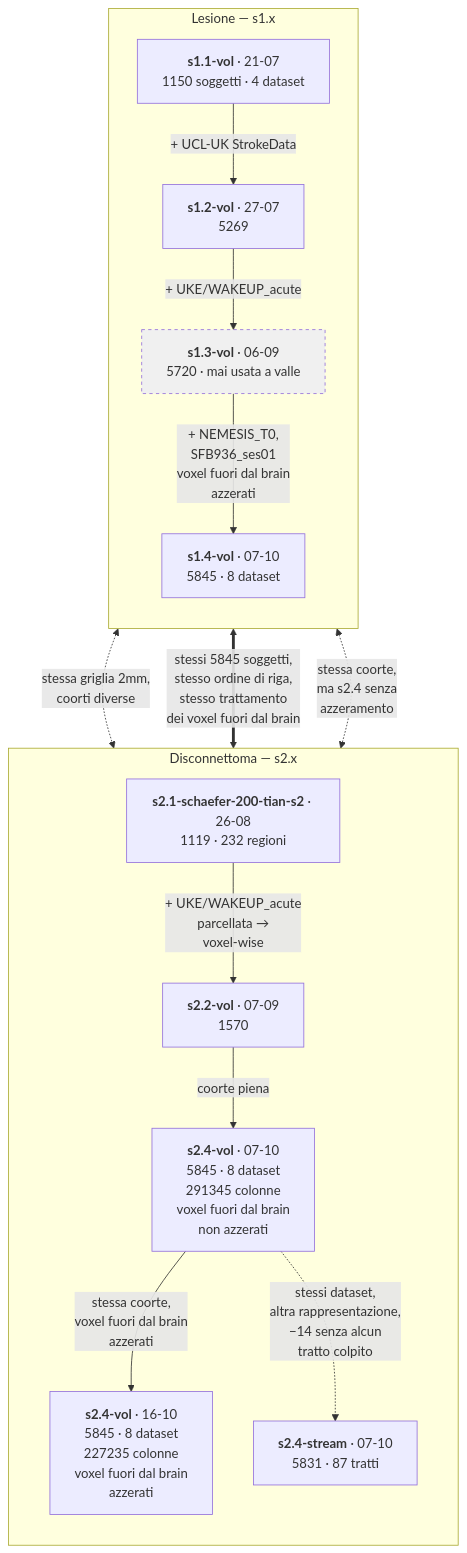
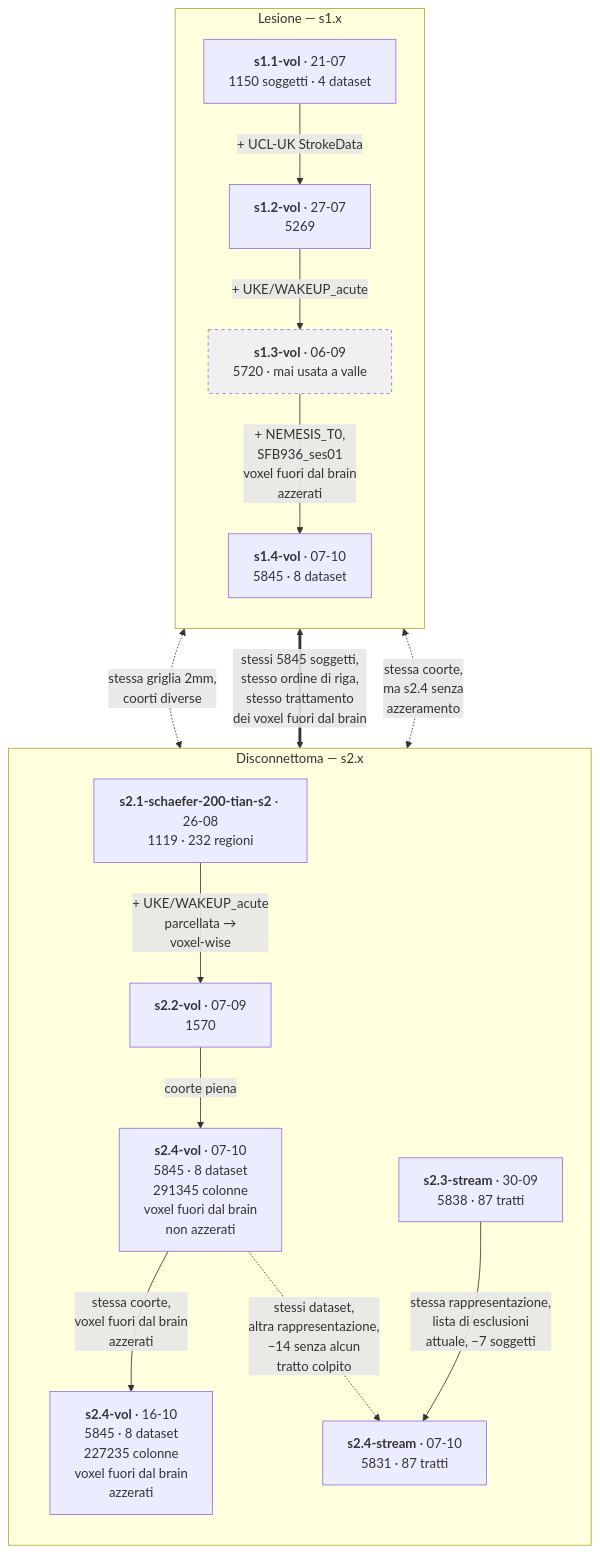
Before and after one commit to EmmaTosato/NEMESIS_fs: the diagram in docs/experiments/lineage.md, drawn with Mermaid. The commit also changed other lines of this file and 812 other files, not shown here.

````diff
--- a/docs/experiments/lineage.md
+++ b/docs/experiments/lineage.md
@@ -5,32 +5,34 @@
 ```mermaid
 flowchart TB
     classDef unused fill:#f0f0f0,stroke-dasharray: 4 4
 
     subgraph LES["Lesione — s1.x"]
         direction TB
         L11["<b>s1.1-vol</b> · 21-07<br/>1150 soggetti · 4 dataset"]
         L12["<b>s1.2-vol</b> · 27-07<br/>5269"]
         L13["<b>s1.3-vol</b> · 06-09<br/>5720 · mai usata a valle"]:::unused
         L14["<b>s1.4-vol</b> · 07-10<br/>5845 · 8 dataset"]
         L11 -->|"+ UCL-UK StrokeData"| L12
         L12 -->|"+ UKE/WAKEUP_acute"| L13
         L13 -->|"+ NEMESIS_T0,<br/>SFB936_ses01<br/>voxel fuori dal brain<br/>azzerati"| L14
     end
 
     subgraph SDC["Disconnettoma — s2.x"]
         direction TB
         S21["<b>s2.1-schaefer-200-tian-s2</b> · 26-08<br/>1119 · 232 regioni"]
         S22["<b>s2.2-vol</b> · 07-09<br/>1570"]
         S24["<b>s2.4-vol</b> · 07-10<br/>5845 · 8 dataset<br/>291345 colonne<br/>voxel fuori dal brain<br/>non azzerati"]
         S24N["<b>s2.4-vol</b> · 16-10<br/>5845 · 8 dataset<br/>227235 colonne<br/>voxel fuori dal brain<br/>azzerati"]
+        S23["<b>s2.3-stream</b> · 30-09<br/>5838 · 87 tratti"]
         S24S["<b>s2.4-stream</b> · 07-10<br/>5831 · 87 tratti"]
         S21 -->|"+ UKE/WAKEUP_acute<br/>parcellata →<br/>voxel-wise"| S22
         S22 -->|"coorte piena"| S24
         S24 -->|"stessa coorte,<br/>voxel fuori dal brain<br/>azzerati"| S24N
+        S23 -->|"stessa rappresentazione,<br/>lista di esclusioni<br/>attuale, −7 soggetti"| S24S
         S24 -.->|"stessi dataset,<br/>altra rappresentazione,<br/>−14 senza alcun<br/>tratto colpito"| S24S
     end
 
     L13 <-.->|"stessa griglia 2mm,<br/>coorti diverse"| S22
     L14 <==>|"stessi 5845 soggetti,<br/>stesso ordine di riga,<br/>stesso trattamento<br/>dei voxel fuori dal brain"| S24N
     L14 <-.->|"stessa coorte,<br/>ma s2.4 senza<br/>azzeramento"| S24
 ```
````
